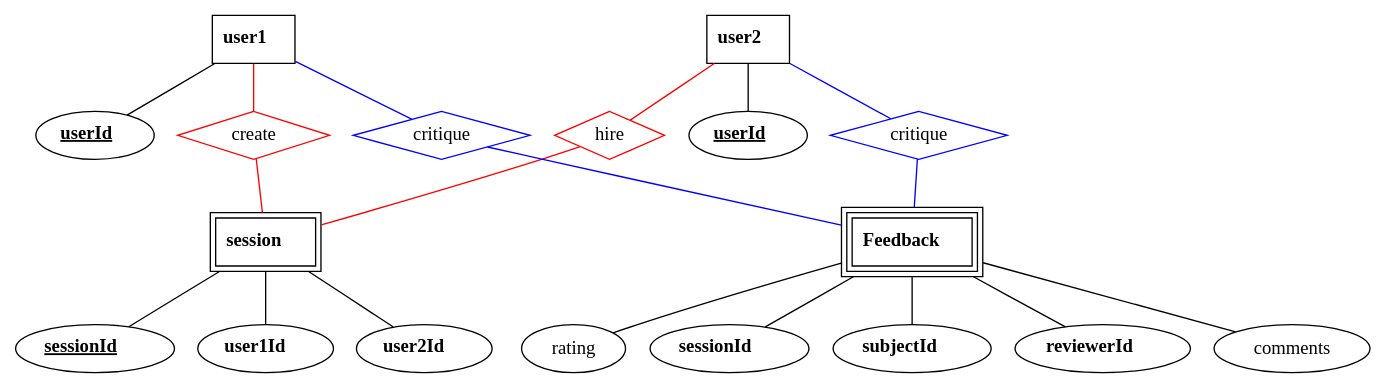
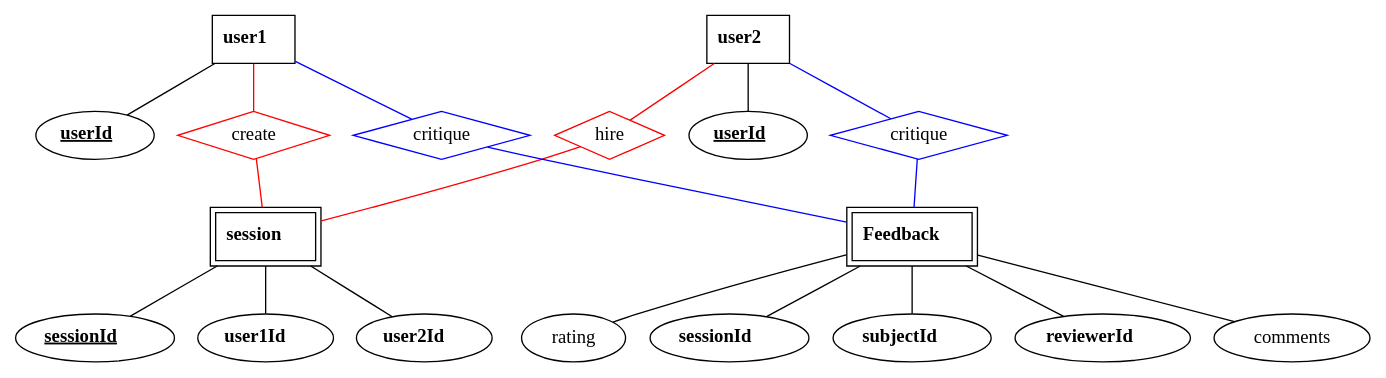
The diagram in erd_feedback.gv (ericdebelak/tutorconnect), drawn with Graphviz before and after one commit. The commit also changed 3 other files, not shown here.

Commit message:
built feedback class, front end, and erd.

```diff
--- a/erd_feedback.gv
+++ b/erd_feedback.gv
@@ -1,56 +1,56 @@
 graph G
 {
 	/* entities */
 	user1 [shape=box,label=<<B>user1</B>>];
 	user2 [shape=box,label=<<B>user2</B>>];
-	feedback [shape=box,peripheries=3,label=<<B>Feedback</B>>];
+	feedback [shape=box,peripheries=2,label=<<B>Feedback</B>>];
 	session [shape=box,peripheries=2,label=<<B>session</B>>];
 	
 	/* primary keys */
 	user1_id_pk [label=<<B><U>userId</U></B>>];
 	user2_id_pk [label=<<B><U>userId</U></B>>];
 	session_id_pk [label=<<B><U>sessionId</U></B>>];
 	
 	/* foreign keys */
 	session_user1_id_fk [label=<<B>user1Id</B>>];
 	session_user2_id_fk [label=<<B>user2Id</B>>];
 	feedback_session_id_fk [label=<<B>sessionId</B>>];
 	feedback_user1_id_fk [label=<<B>subjectId</B>>];
 	feedback_user2_id_fk [label=<<B>reviewerId</B>>];
 	
 	/* user1 entity */
 	user1 -- user1_id_pk;
 	
 	/* user2 entity */
 	user2 -- user2_id_pk;
 	
 	/* feedback entity */
 	feedback -- feedback_session_id_fk;
 	feedback -- feedback_user1_id_fk;
 	feedback -- feedback_user2_id_fk;
 	feedback -- "comments";
 	feedback -- "rating";
 	
 	/* session entity */
 	session -- session_id_pk;
 	session -- session_user1_id_fk;
 	session -- session_user2_id_fk;
 	
 	/* relations */
 	user1_session [shape=diamond,label="create",color=red];
 	user2_session [shape=diamond,label="hire",color=red];
 	user1_feedback [shape=diamond,label="critique",color=blue];
 	user2_feedback [shape=diamond,label="critique",color=blue];
 	
 	/* draw relations */
 	user1 -- user1_session[color=red];
 	user1_session -- session[color=red];
 	user2 -- user2_session[color=red];
 	user2_session -- session[color=red];
 	user1 -- user1_feedback[color=blue];
 	user1_feedback -- feedback[color=blue];
 	user2 -- user2_feedback[color=blue];
 	user2_feedback -- feedback[color=blue];
 	
 	
 }
```
